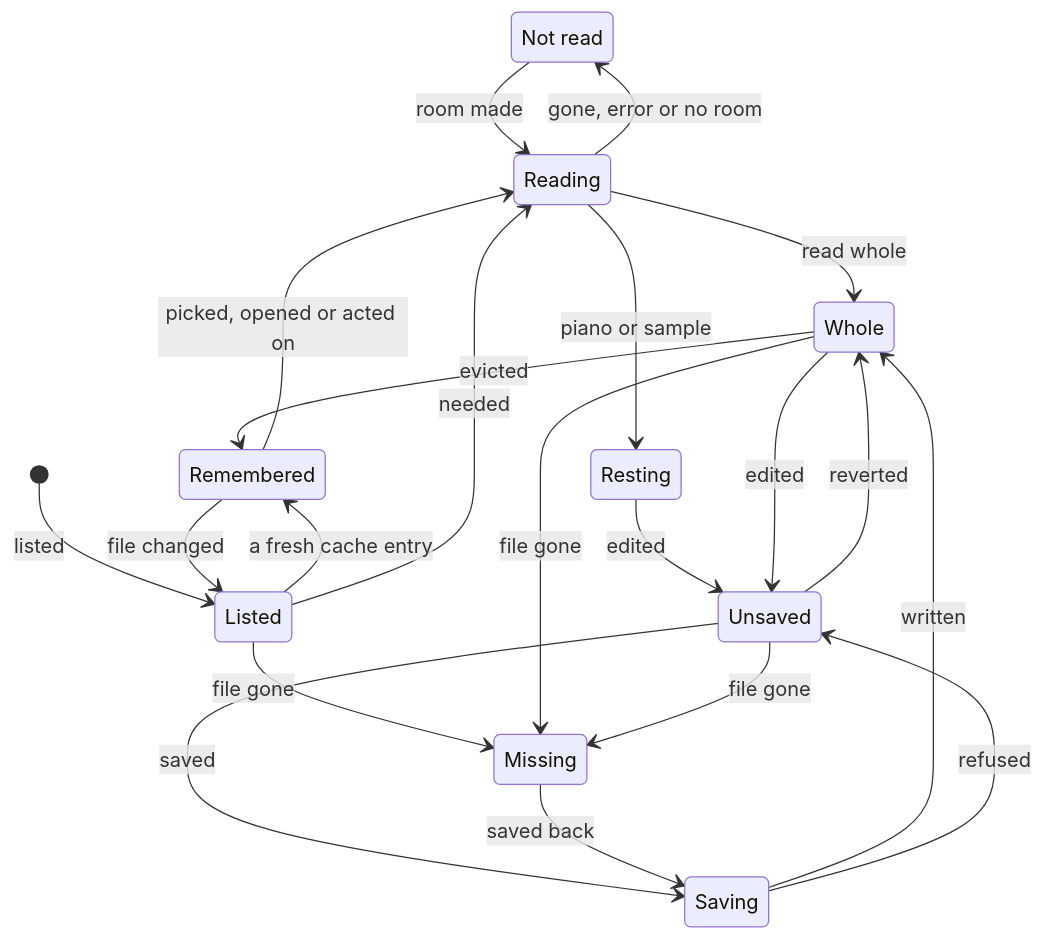
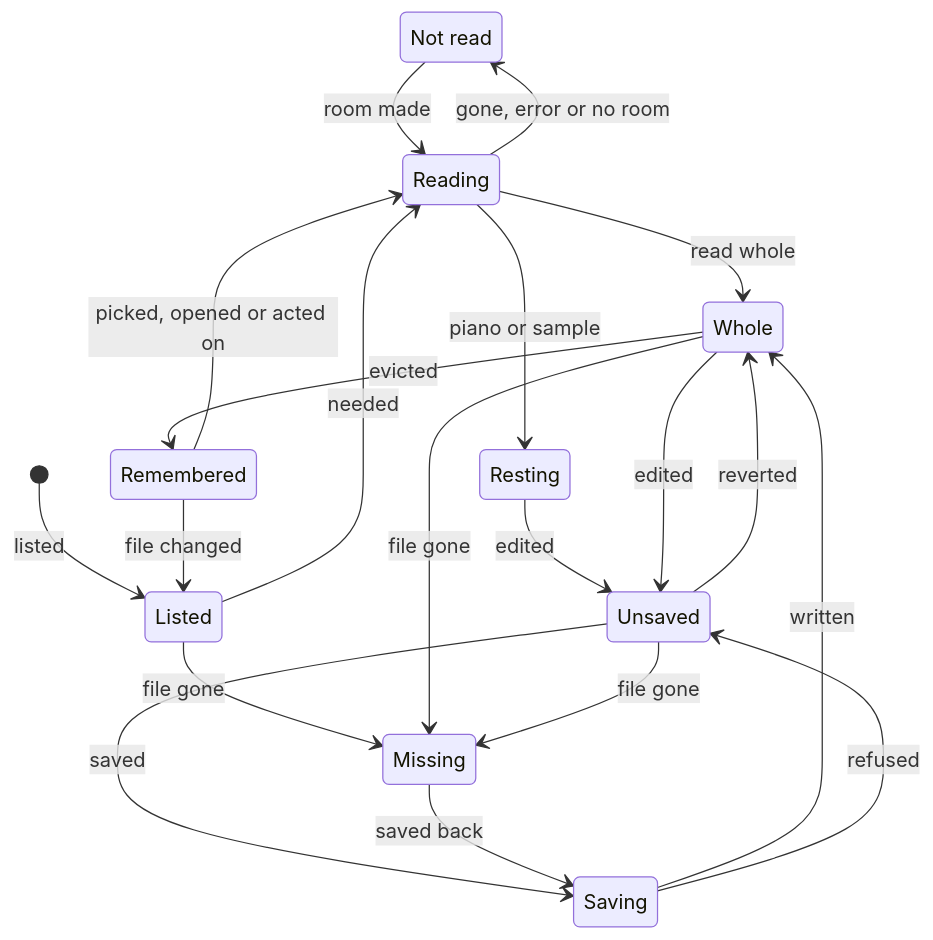
The second of 2 diagrams in docs/src/reference/data-model.md (jmoo/drawbar), drawn with Mermaid before and after one commit. The commit also changed other lines of this file and 10 other files, not shown here.

````diff
--- a/docs/src/reference/data-model.md
+++ b/docs/src/reference/data-model.md
@@ -214,24 +214,23 @@
 ```mermaid
 stateDiagram-v2
     state "Not read" as NotRead
     [*] --> Listed: listed
-    Listed --> Remembered: a fresh cache entry
     Listed --> Reading: needed
     Remembered --> Reading: picked, opened or acted on
     Remembered --> Listed: file changed
     Reading --> Whole: read whole
     Reading --> Resting: piano or sample
     Reading --> NotRead: gone, error or no room
     NotRead --> Reading: room made
     Resting --> Unsaved: edited
     Whole --> Unsaved: edited
     Whole --> Remembered: evicted
     Unsaved --> Whole: reverted
     Unsaved --> Saving: saved
     Saving --> Whole: written
     Saving --> Unsaved: refused
     Listed --> Missing: file gone
     Whole --> Missing: file gone
     Unsaved --> Missing: file gone
     Missing --> Saving: saved back
 ```
````
